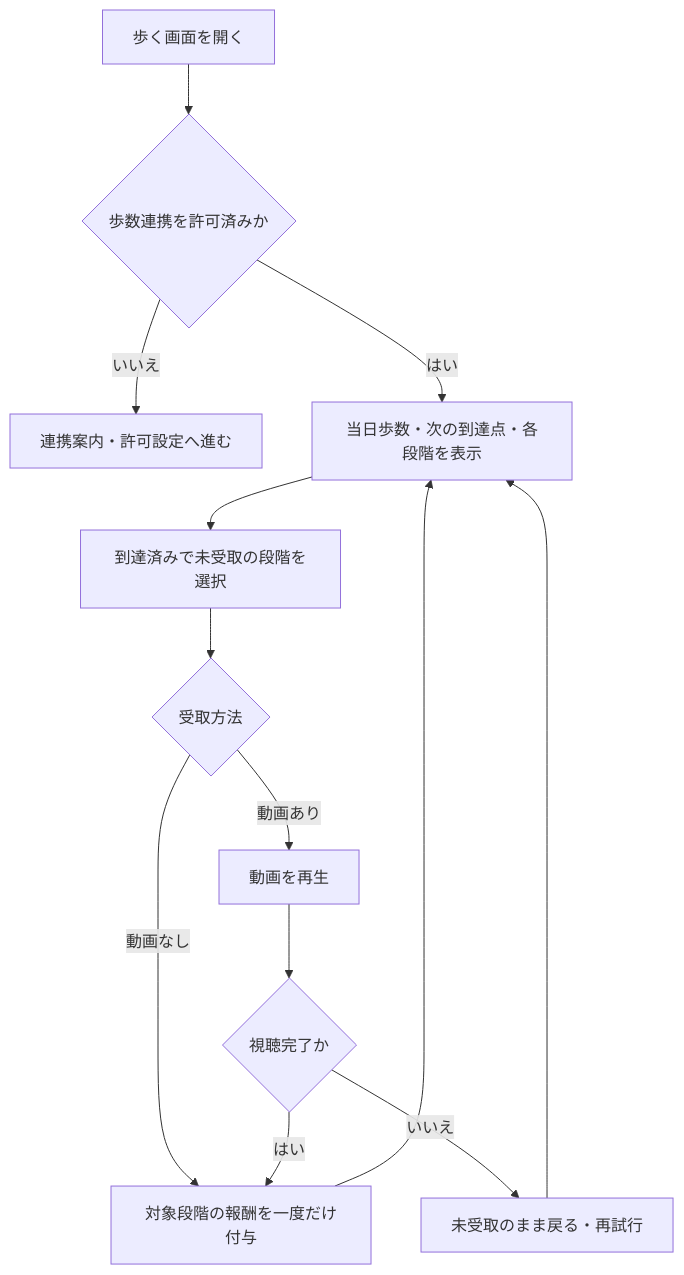
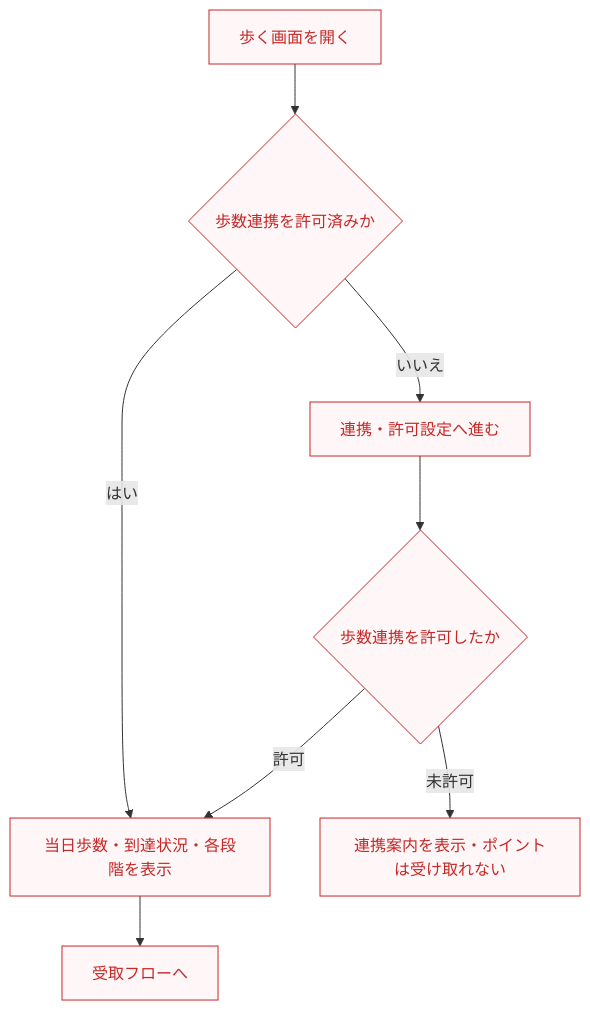
The first of 2 diagrams in docs/prd/features/F08-walking.md (Min-Thu-Khant/pochipo-mock-en), drawn with Mermaid before and after one commit. The commit also changed other lines of this file, not shown here.

Commit message:
docs: update F08 walking PRD from review

````diff
--- a/docs/prd/features/F08-walking.md
+++ b/docs/prd/features/F08-walking.md
@@ -58,15 +65,12 @@
 ```mermaid
 flowchart TD
-  A["歩く画面を開く"] --> B{"歩数連携を許可済みか"}
-  B -->|いいえ| C["連携案内・許可設定へ進む"]
-  B -->|はい| D["当日歩数・次の到達点・各段階を表示"]
-  D --> E["到達済みで未受取の段階を選択"]
-  E --> F{"受取方法"}
-  F -->|動画なし| G["対象段階の報酬を一度だけ付与"]
-  F -->|動画あり| H["動画を再生"]
-  H --> I{"視聴完了か"}
-  I -->|はい| G
-  I -->|いいえ| J["未受取のまま戻る・再試行"]
-  G --> D
-  J --> D
+  openWalk["歩く画面を開く"] --> linked{"歩数連携を許可済みか"}
+  linked -->|はい| display["当日歩数・到達状況・各段階を表示"]
+  linked -->|いいえ| settings["連携・許可設定へ進む"]
+  settings --> permission{"歩数連携を許可したか"}
+  permission -->|許可| display
+  permission -->|未許可| unlinked["連携案内を表示・ポイントは受け取れない"]
+  display --> nextFlow["受取フローへ"]
+  classDef review color:#c62828,stroke:#c62828,fill:#fff7f7;
+  class openWalk,linked,settings,permission,unlinked,display,nextFlow review;
 ```
````
